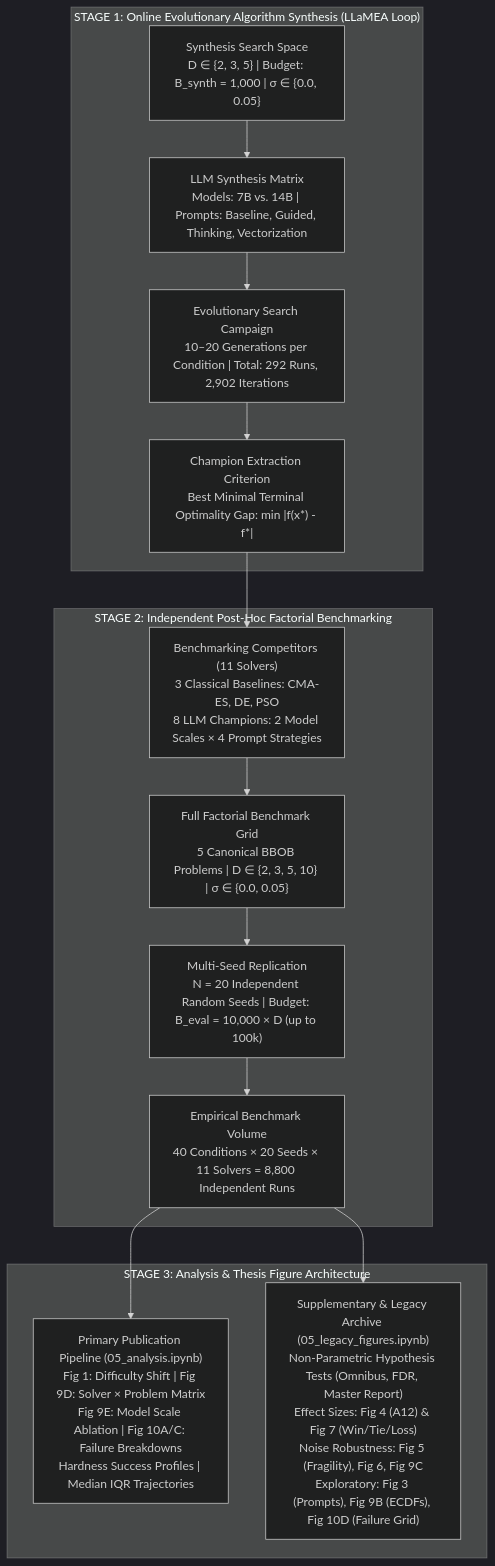
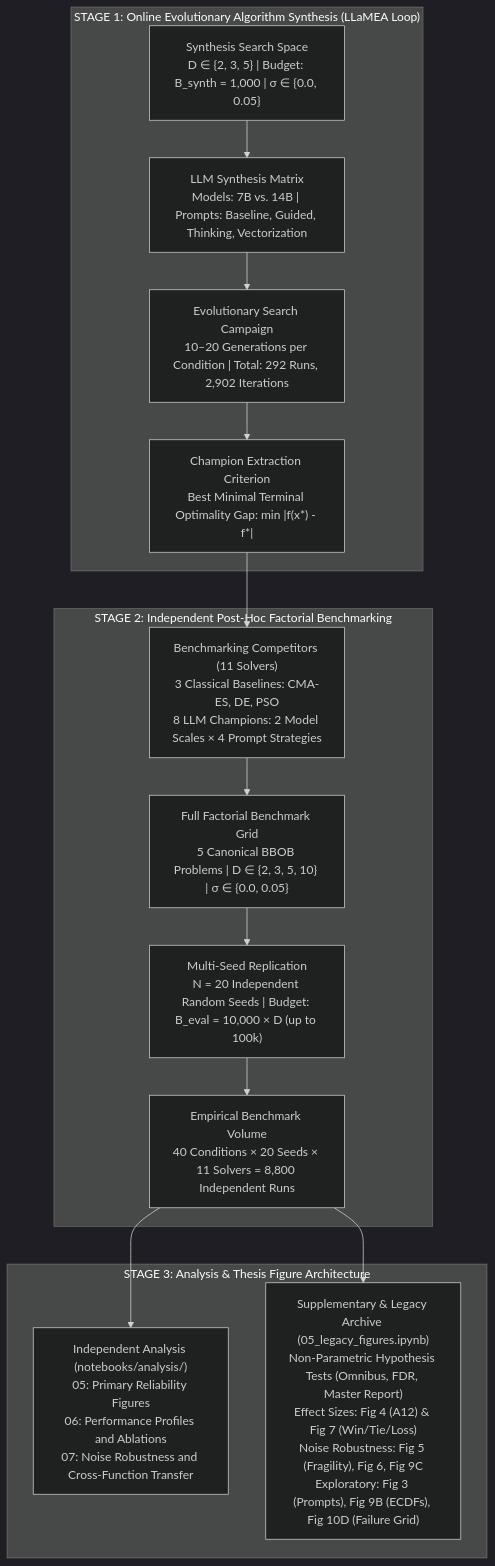
Before and after one commit to Nicola-Ibrahim/AAD_LLM: the diagram in docs/thesis_experiments_chapter_blueprint.md, drawn with Mermaid (dark theme). The commit also changed other lines of this file and 38 other files, not shown here.

First line of the commit message:
feat: Enhance evaluation trace handling and introduce transfer analysis

````diff
--- a/docs/thesis_experiments_chapter_blueprint.md
+++ b/docs/thesis_experiments_chapter_blueprint.md
@@ -23,20 +23,20 @@
 ```mermaid
 flowchart TD
     subgraph Stage1 ["STAGE 1: Online Evolutionary Algorithm Synthesis (LLaMEA Loop)"]
         A["Synthesis Search Space<br/>D ∈ {2, 3, 5} | Budget: B_synth = 1,000 | σ ∈ {0.0, 0.05}"] --> B["LLM Synthesis Matrix<br/>Models: 7B vs. 14B | Prompts: Baseline, Guided, Thinking, Vectorization"]
         B --> C["Evolutionary Search Campaign<br/>10–20 Generations per Condition | Total: 292 Runs, 2,902 Iterations"]
         C --> D["Champion Extraction Criterion<br/>Best Minimal Terminal Optimality Gap: min |f(x*) - f*|"]
     end
 
     subgraph Stage2 ["STAGE 2: Independent Post-Hoc Factorial Benchmarking"]
         D --> E["Benchmarking Competitors (11 Solvers)<br/>3 Classical Baselines: CMA-ES, DE, PSO<br/>8 LLM Champions: 2 Model Scales × 4 Prompt Strategies"]
         E --> F["Full Factorial Benchmark Grid<br/>5 Canonical BBOB Problems | D ∈ {2, 3, 5, 10} | σ ∈ {0.0, 0.05}"]
         F --> G["Multi-Seed Replication<br/>N = 20 Independent Random Seeds | Budget: B_eval = 10,000 × D (up to 100k)"]
         G --> H["Empirical Benchmark Volume<br/>40 Conditions × 20 Seeds × 11 Solvers = 8,800 Independent Runs"]
     end
 
     subgraph Stage3 ["STAGE 3: Analysis & Thesis Figure Architecture"]
-        H --> I["Primary Publication Pipeline (05_analysis.ipynb)<br/>Fig 1: Difficulty Shift | Fig 9D: Solver × Problem Matrix<br/>Fig 9E: Model Scale Ablation | Fig 10A/C: Failure Breakdowns<br/>Hardness Success Profiles | Median IQR Trajectories"]
+        H --> I["Independent Analysis (notebooks/analysis/)<br/>05: Primary Reliability Figures<br/>06: Performance Profiles and Ablations<br/>07: Noise Robustness and Cross-Function Transfer"]
         H --> J["Supplementary & Legacy Archive (05_legacy_figures.ipynb)<br/>Non-Parametric Hypothesis Tests (Omnibus, FDR, Master Report)<br/>Effect Sizes: Fig 4 (A12) & Fig 7 (Win/Tie/Loss)<br/>Noise Robustness: Fig 5 (Fragility), Fig 6, Fig 9C<br/>Exploratory: Fig 3 (Prompts), Fig 9B (ECDFs), Fig 10D (Failure Grid)"]
     end
 ```
````
